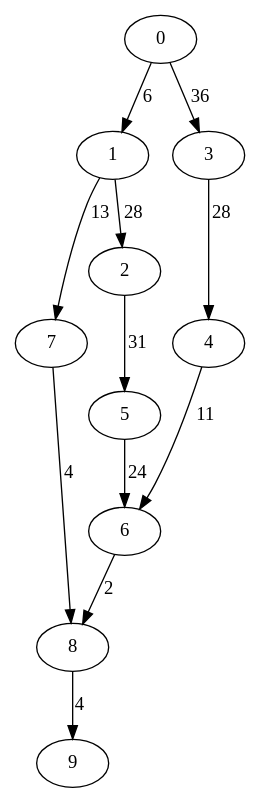
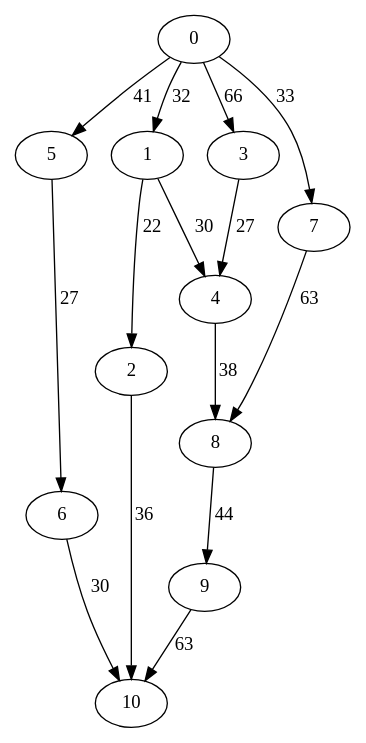
Before and after one commit to asaloniti/DagScheduling: the diagram in dotfiles/data.dot, drawn with Graphviz. The commit also changed 27 other files, not shown here.

```diff
--- a/dotfiles/data.dot
+++ b/dotfiles/data.dot
@@ -1,13 +1,16 @@
 digraph data {
-0 -> 1 [ label = 6 ];
-0 -> 3 [ label = 36 ];
-1 -> 2 [ label = 28 ];
-1 -> 7 [ label = 13 ];
-2 -> 5 [ label = 31 ];
-3 -> 4 [ label = 28 ];
-4 -> 6 [ label = 11 ];
-5 -> 6 [ label = 24 ];
-6 -> 8 [ label = 2 ];
-7 -> 8 [ label = 4 ];
-8 -> 9 [ label = 4 ];
+0 -> 1 [ label = 32 ];
+0 -> 3 [ label = 66 ];
+0 -> 5 [ label = 41 ];
+0 -> 7 [ label = 33 ];
+1 -> 2 [ label = 22 ];
+1 -> 4 [ label = 30 ];
+2 -> 10 [ label = 36 ];
+3 -> 4 [ label = 27 ];
+4 -> 8 [ label = 38 ];
+5 -> 6 [ label = 27 ];
+6 -> 10 [ label = 30 ];
+7 -> 8 [ label = 63 ];
+8 -> 9 [ label = 44 ];
+9 -> 10 [ label = 63 ];
  }
```
